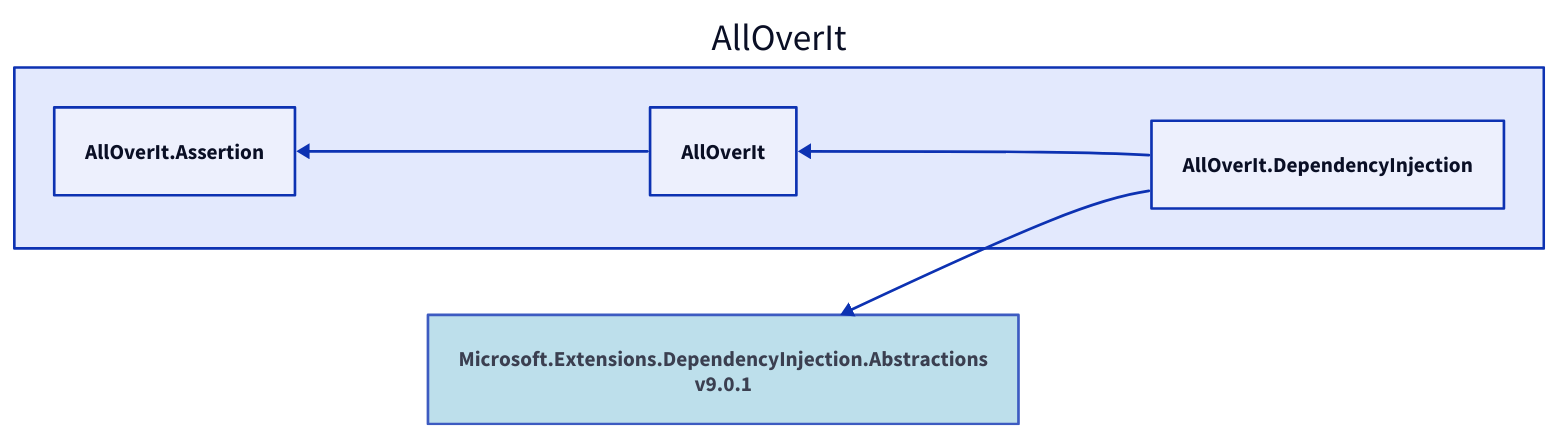
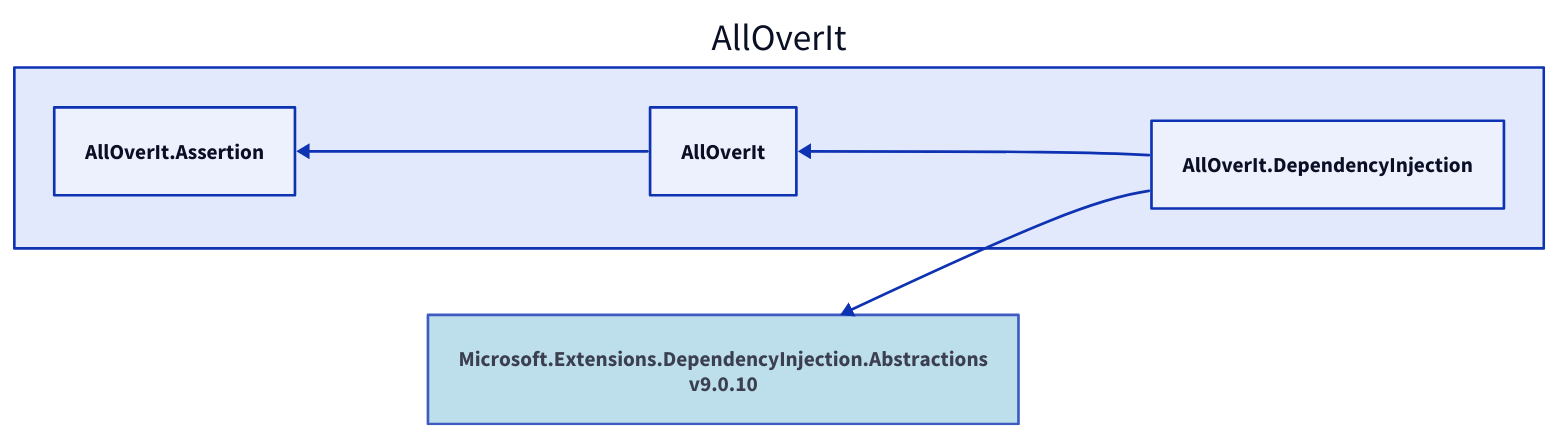
The diagram in Docs/Reference/Content/images/dependencies/net9.0/alloverit-dependencyinjection.d2 (mjfreelancing/AllOverIt), drawn with D2 before and after one commit. The commit also changed 163 other files, not shown here.

```diff
--- a/Docs/Reference/Content/images/dependencies/net9.0/alloverit-dependencyinjection.d2
+++ b/Docs/Reference/Content/images/dependencies/net9.0/alloverit-dependencyinjection.d2
@@ -1,12 +1,12 @@
 direction: left
 
 aoi: AllOverIt
 aoi.alloverit-dependencyinjection: AllOverIt.DependencyInjection
-microsoft-extensions-dependencyinjection-abstractions_9-0-1: Microsoft.Extensions.DependencyInjection.Abstractions\nv9.0.1
-microsoft-extensions-dependencyinjection-abstractions_9-0-1.style.fill: "#ADD8E6"
-microsoft-extensions-dependencyinjection-abstractions_9-0-1.style.opacity: 0.8
-microsoft-extensions-dependencyinjection-abstractions_9-0-1 <- aoi.alloverit-dependencyinjection
+microsoft-extensions-dependencyinjection-abstractions_9-0-10: Microsoft.Extensions.DependencyInjection.Abstractions\nv9.0.10
+microsoft-extensions-dependencyinjection-abstractions_9-0-10.style.fill: "#ADD8E6"
+microsoft-extensions-dependencyinjection-abstractions_9-0-10.style.opacity: 0.8
+microsoft-extensions-dependencyinjection-abstractions_9-0-10 <- aoi.alloverit-dependencyinjection
 aoi.alloverit: AllOverIt
 aoi.alloverit-assertion: AllOverIt.Assertion
 aoi.alloverit-assertion <- aoi.alloverit
 aoi.alloverit <- aoi.alloverit-dependencyinjection
```
